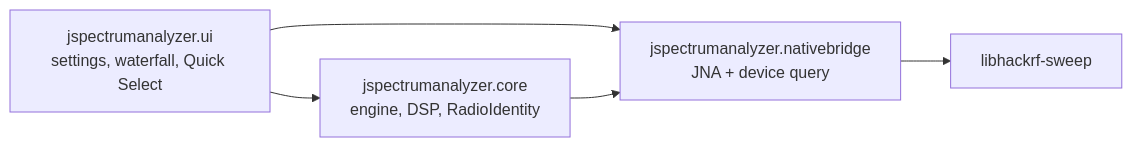
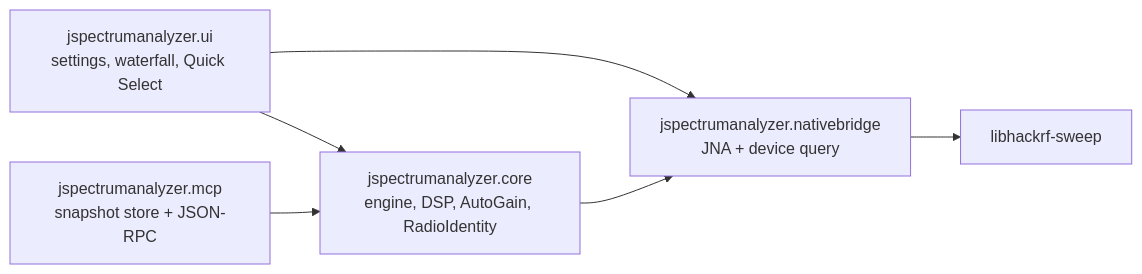
One commit to chris-piekarski/hackrf-spectrum-analyzer changed the fifth of 5 diagrams in docs/architecture.md. Above: the diagram before and after it, drawn with Mermaid. The commit also changed other lines of this file and 9 other files, not shown here.

````diff
--- a/docs/architecture.md
+++ b/docs/architecture.md
@@ -157,11 +173,13 @@
 ```mermaid
 flowchart LR
     UI["jspectrumanalyzer.ui<br/>settings, waterfall, Quick Select"]
-    Core["jspectrumanalyzer.core<br/>engine, DSP, RadioIdentity"]
+    Core["jspectrumanalyzer.core<br/>engine, DSP, AutoGain, RadioIdentity"]
+    MCP["jspectrumanalyzer.mcp<br/>snapshot store + JSON-RPC"]
     Bridge["jspectrumanalyzer.nativebridge<br/>JNA + device query"]
     Native["libhackrf-sweep"]
     UI --> Core
     UI --> Bridge
+    MCP --> Core
     Core --> Bridge
     Bridge --> Native
 ```
````
